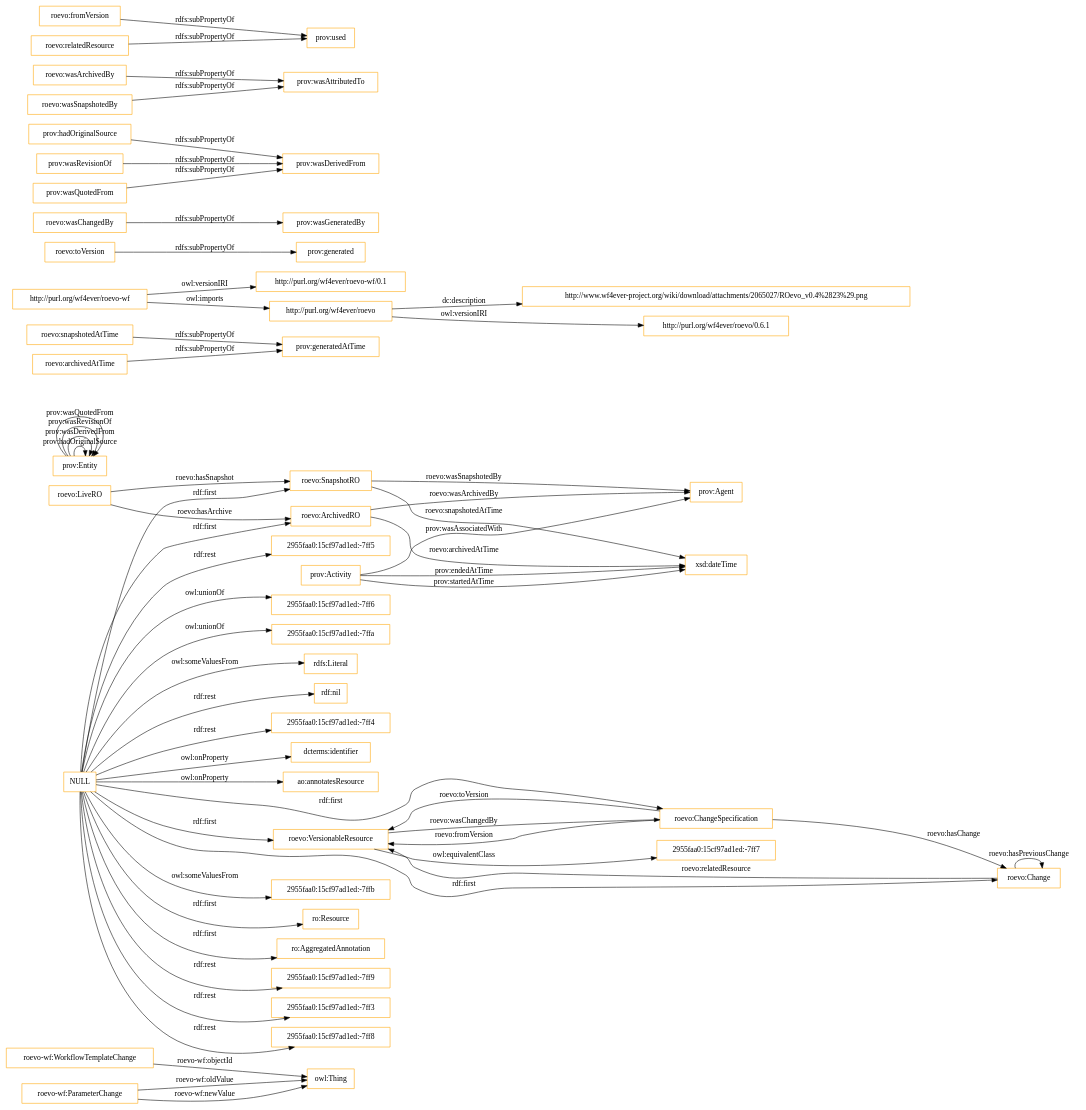
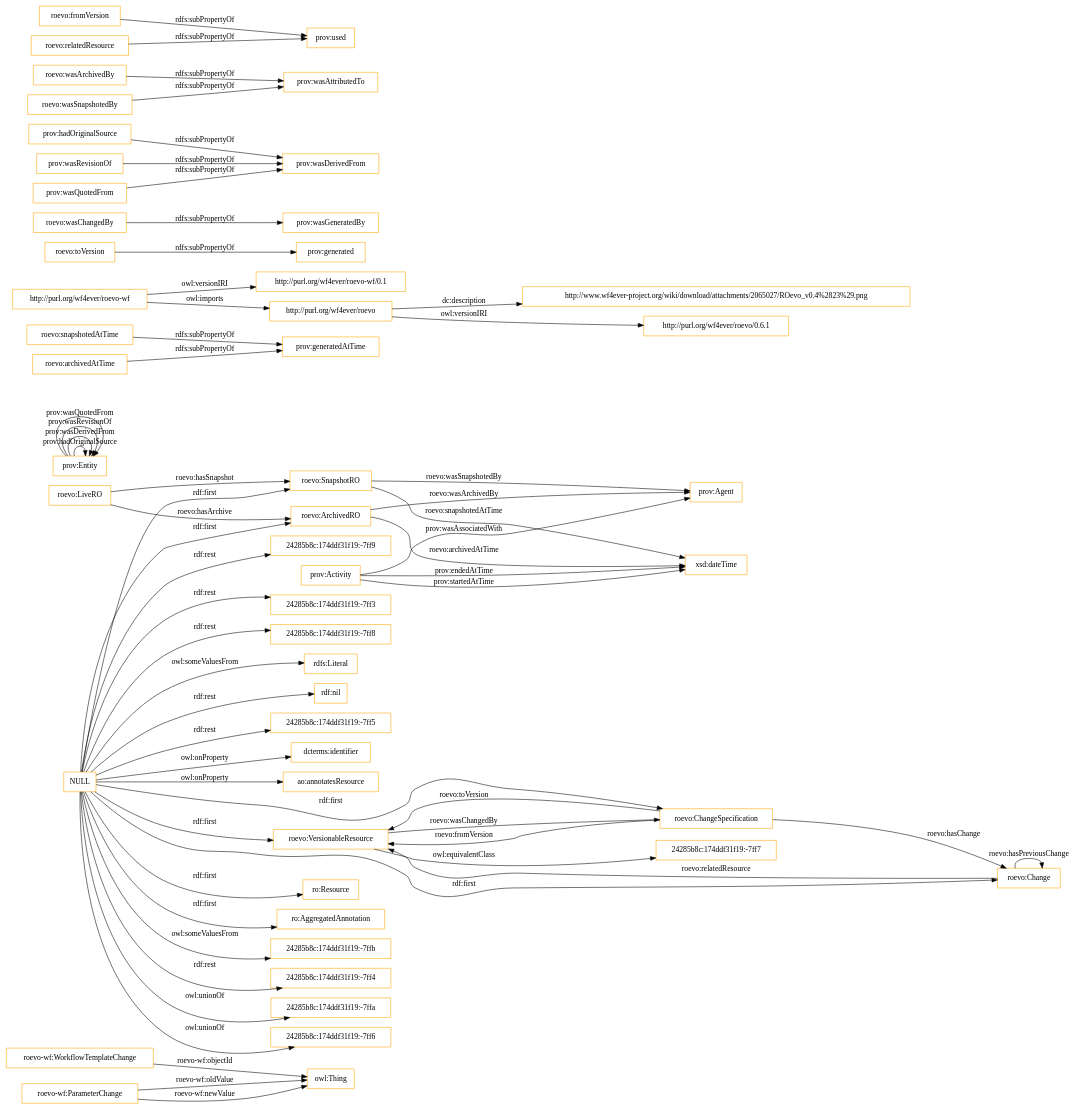
One commit to ahmad88me/ro changed the diagram in OnToology/evolutionExtensions/roevo-wf.owl/diagrams/ar2dtool-class/roevo-wf.owl.png.dot. Above: the diagram before and after it, drawn with Graphviz. The commit also changed 231 other files, not shown here.

```diff
--- a/OnToology/evolutionExtensions/roevo-wf.owl/diagrams/ar2dtool-class/roevo-wf.owl.png.dot
+++ b/OnToology/evolutionExtensions/roevo-wf.owl/diagrams/ar2dtool-class/roevo-wf.owl.png.dot
@@ -1,63 +1,63 @@
 digraph ar2dtool_diagram { 
 rankdir=LR;
 size="1501"
-node [shape = rectangle, color="orange"]; "roevo-wf:WorkflowTemplateChange" "roevo-wf:ParameterChange" "prov:Agent" "roevo:VersionableResource" "2955faa0:15cf97ad1ed:-7ffb" "ro:Resource" "roevo:LiveRO" "roevo:ChangeSpecification" "roevo:SnapshotRO" "roevo:Change" "roevo:ArchivedRO" "ro:AggregatedAnnotation" "prov:Entity" "2955faa0:15cf97ad1ed:-7ff7" "prov:Activity" ; /*classes style*/
-	"NULL" -> "2955faa0:15cf97ad1ed:-7ff9" [ label = "rdf:rest" ];
-	"NULL" -> "2955faa0:15cf97ad1ed:-7ff3" [ label = "rdf:rest" ];
+node [shape = rectangle, color="orange"]; "roevo-wf:WorkflowTemplateChange" "roevo-wf:ParameterChange" "prov:Agent" "roevo:VersionableResource" "ro:Resource" "roevo:LiveRO" "roevo:ChangeSpecification" "roevo:SnapshotRO" "roevo:Change" "roevo:ArchivedRO" "ro:AggregatedAnnotation" "prov:Entity" "prov:Activity" "24285b8c:174ddf31f19:-7ffb" "24285b8c:174ddf31f19:-7ff7" ; /*classes style*/
+	"NULL" -> "24285b8c:174ddf31f19:-7ff4" [ label = "rdf:rest" ];
+	"NULL" -> "24285b8c:174ddf31f19:-7ffa" [ label = "owl:unionOf" ];
+	"NULL" -> "24285b8c:174ddf31f19:-7ff6" [ label = "owl:unionOf" ];
+	"NULL" -> "24285b8c:174ddf31f19:-7ffb" [ label = "owl:someValuesFrom" ];
+	"NULL" -> "24285b8c:174ddf31f19:-7ff9" [ label = "rdf:rest" ];
 	"NULL" -> "ro:Resource" [ label = "rdf:first" ];
 	"NULL" -> "ro:AggregatedAnnotation" [ label = "rdf:first" ];
 	"NULL" -> "roevo:ArchivedRO" [ label = "rdf:first" ];
-	"NULL" -> "2955faa0:15cf97ad1ed:-7ff8" [ label = "rdf:rest" ];
+	"NULL" -> "24285b8c:174ddf31f19:-7ff3" [ label = "rdf:rest" ];
 	"NULL" -> "roevo:SnapshotRO" [ label = "rdf:first" ];
 	"NULL" -> "roevo:Change" [ label = "rdf:first" ];
-	"NULL" -> "2955faa0:15cf97ad1ed:-7ff5" [ label = "rdf:rest" ];
-	"NULL" -> "2955faa0:15cf97ad1ed:-7ff6" [ label = "owl:unionOf" ];
-	"NULL" -> "2955faa0:15cf97ad1ed:-7ffa" [ label = "owl:unionOf" ];
 	"NULL" -> "roevo:ChangeSpecification" [ label = "rdf:first" ];
-	"NULL" -> "2955faa0:15cf97ad1ed:-7ffb" [ label = "owl:someValuesFrom" ];
+	"NULL" -> "24285b8c:174ddf31f19:-7ff8" [ label = "rdf:rest" ];
 	"NULL" -> "rdfs:Literal" [ label = "owl:someValuesFrom" ];
 	"NULL" -> "rdf:nil" [ label = "rdf:rest" ];
 	"NULL" -> "roevo:VersionableResource" [ label = "rdf:first" ];
-	"NULL" -> "2955faa0:15cf97ad1ed:-7ff4" [ label = "rdf:rest" ];
+	"NULL" -> "24285b8c:174ddf31f19:-7ff5" [ label = "rdf:rest" ];
 	"NULL" -> "dcterms:identifier" [ label = "owl:onProperty" ];
 	"NULL" -> "ao:annotatesResource" [ label = "owl:onProperty" ];
 	"roevo:snapshotedAtTime" -> "prov:generatedAtTime" [ label = "rdfs:subPropertyOf" ];
-	"roevo:VersionableResource" -> "2955faa0:15cf97ad1ed:-7ff7" [ label = "owl:equivalentClass" ];
+	"roevo:VersionableResource" -> "24285b8c:174ddf31f19:-7ff7" [ label = "owl:equivalentClass" ];
 	"http://purl.org/wf4ever/roevo-wf" -> "http://purl.org/wf4ever/roevo-wf/0.1" [ label = "owl:versionIRI" ];
 	"http://purl.org/wf4ever/roevo-wf" -> "http://purl.org/wf4ever/roevo" [ label = "owl:imports" ];
 	"roevo:toVersion" -> "prov:generated" [ label = "rdfs:subPropertyOf" ];
 	"http://purl.org/wf4ever/roevo" -> "http://www.wf4ever-project.org/wiki/download/attachments/2065027/ROevo_v0.4%2823%29.png" [ label = "dc:description" ];
 	"http://purl.org/wf4ever/roevo" -> "http://purl.org/wf4ever/roevo/0.6.1" [ label = "owl:versionIRI" ];
 	"roevo:wasChangedBy" -> "prov:wasGeneratedBy" [ label = "rdfs:subPropertyOf" ];
 	"prov:hadOriginalSource" -> "prov:wasDerivedFrom" [ label = "rdfs:subPropertyOf" ];
 	"roevo:wasArchivedBy" -> "prov:wasAttributedTo" [ label = "rdfs:subPropertyOf" ];
 	"prov:wasRevisionOf" -> "prov:wasDerivedFrom" [ label = "rdfs:subPropertyOf" ];
 	"roevo:archivedAtTime" -> "prov:generatedAtTime" [ label = "rdfs:subPropertyOf" ];
 	"roevo:fromVersion" -> "prov:used" [ label = "rdfs:subPropertyOf" ];
 	"prov:wasQuotedFrom" -> "prov:wasDerivedFrom" [ label = "rdfs:subPropertyOf" ];
 	"roevo:relatedResource" -> "prov:used" [ label = "rdfs:subPropertyOf" ];
 	"roevo:wasSnapshotedBy" -> "prov:wasAttributedTo" [ label = "rdfs:subPropertyOf" ];
 	"roevo-wf:WorkflowTemplateChange" -> "owl:Thing" [ label = "roevo-wf:objectId" ];
 	"roevo:ChangeSpecification" -> "roevo:VersionableResource" [ label = "roevo:fromVersion" ];
 	"roevo:ChangeSpecification" -> "roevo:Change" [ label = "roevo:hasChange" ];
 	"prov:Activity" -> "prov:Agent" [ label = "prov:wasAssociatedWith" ];
 	"roevo:Change" -> "roevo:VersionableResource" [ label = "roevo:relatedResource" ];
 	"prov:Activity" -> "xsd:dateTime" [ label = "prov:endedAtTime" ];
 	"roevo-wf:ParameterChange" -> "owl:Thing" [ label = "roevo-wf:oldValue" ];
 	"roevo:ChangeSpecification" -> "roevo:VersionableResource" [ label = "roevo:toVersion" ];
 	"roevo:ArchivedRO" -> "xsd:dateTime" [ label = "roevo:archivedAtTime" ];
 	"roevo:SnapshotRO" -> "prov:Agent" [ label = "roevo:wasSnapshotedBy" ];
 	"prov:Entity" -> "prov:Entity" [ label = "prov:hadOriginalSource" ];
 	"prov:Entity" -> "prov:Entity" [ label = "prov:wasDerivedFrom" ];
 	"roevo:SnapshotRO" -> "xsd:dateTime" [ label = "roevo:snapshotedAtTime" ];
 	"prov:Activity" -> "xsd:dateTime" [ label = "prov:startedAtTime" ];
 	"roevo:ArchivedRO" -> "prov:Agent" [ label = "roevo:wasArchivedBy" ];
 	"prov:Entity" -> "prov:Entity" [ label = "prov:wasRevisionOf" ];
 	"roevo:LiveRO" -> "roevo:SnapshotRO" [ label = "roevo:hasSnapshot" ];
 	"roevo:LiveRO" -> "roevo:ArchivedRO" [ label = "roevo:hasArchive" ];
 	"prov:Entity" -> "prov:Entity" [ label = "prov:wasQuotedFrom" ];
 	"roevo:VersionableResource" -> "roevo:ChangeSpecification" [ label = "roevo:wasChangedBy" ];
 	"roevo:Change" -> "roevo:Change" [ label = "roevo:hasPreviousChange" ];
 	"roevo-wf:ParameterChange" -> "owl:Thing" [ label = "roevo-wf:newValue" ];
 
 }
```
